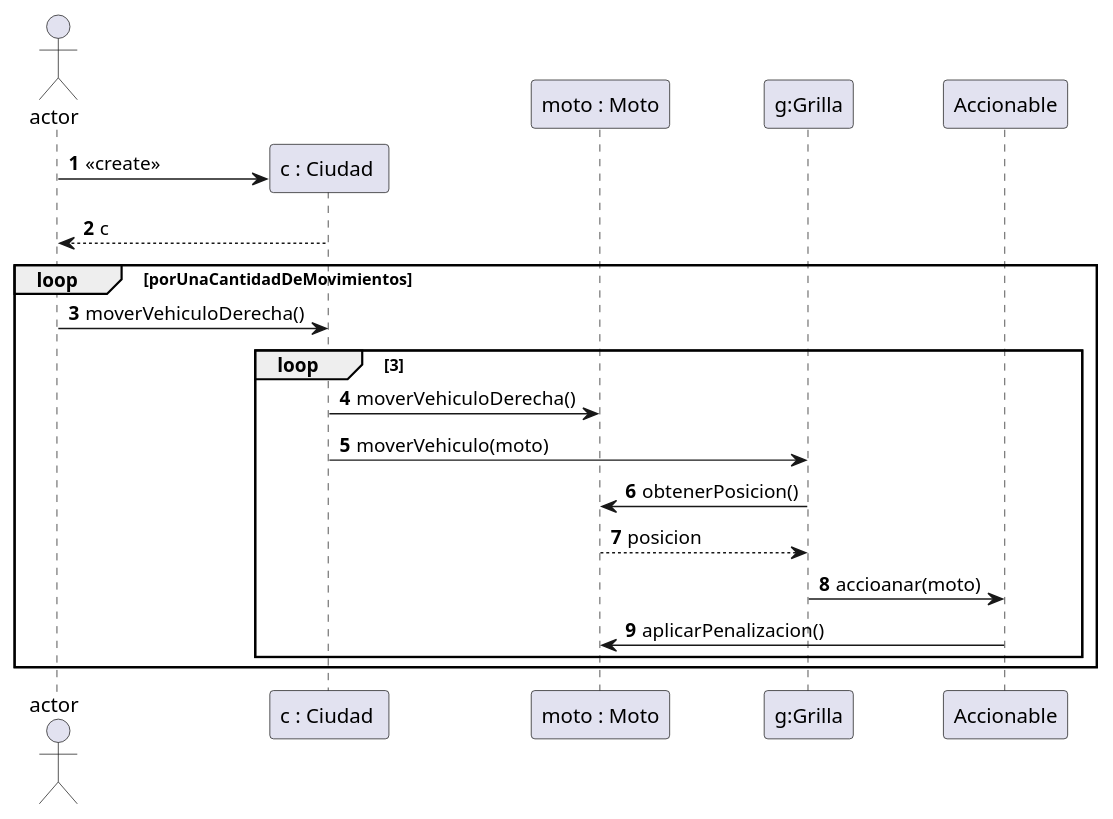
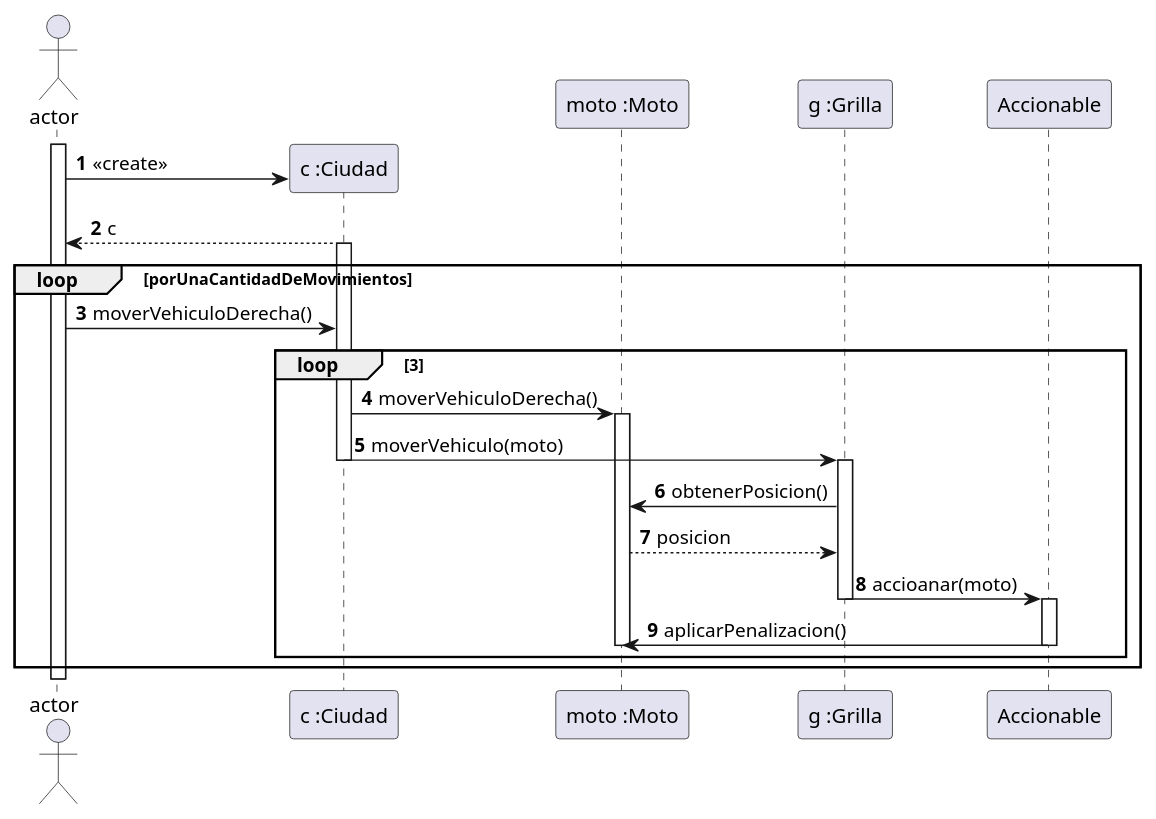
Before and after one commit to kikiymini/algo3_tp2: the diagram in Entrega1/DiagramaDeSecuencias/motoAtraviesaLaCiudadYSeEncuentraConUnPozo.puml, drawn with PlantUML. The commit also changed 4 other files, not shown here.

```diff
--- a/Entrega1/DiagramaDeSecuencias/motoAtraviesaLaCiudadYSeEncuentraConUnPozo.puml
+++ b/Entrega1/DiagramaDeSecuencias/motoAtraviesaLaCiudadYSeEncuentraConUnPozo.puml
@@ -1,25 +1,38 @@
 @startuml
 'https://plantuml.com/sequence-diagram
 
 autonumber
 
 actor actor
-create "c : Ciudad "
-actor -> "c : Ciudad ": <<create>>
-"c : Ciudad "--> actor : c
+create "c :Ciudad" as ciudad
+participant "moto :Moto" as moto
+participant "g :Grilla" as grilla
+participant "Accionable" as accionable
+
+activate actor
+actor -> ciudad: <<create>>
+ciudad --> actor : c
+activate ciudad
 
 loop porUnaCantidadDeMovimientos
 
-actor  -> "c : Ciudad " : moverVehiculoDerecha()
+actor  -> ciudad : moverVehiculoDerecha()
 loop 3
-"c : Ciudad " -> "moto : Moto": moverVehiculoDerecha()
-"c : Ciudad " -> "g:Grilla" : moverVehiculo(moto)
-"g:Grilla" -> "moto : Moto" : obtenerPosicion()
-"moto : Moto" --> "g:Grilla" : posicion
-"g:Grilla" -> "Accionable" : accioanar(moto)
-"Accionable" -> "moto : Moto" :aplicarPenalizacion()
+ciudad -> moto: moverVehiculoDerecha()
+activate moto
+ciudad -> grilla : moverVehiculo(moto)
+deactivate ciudad
+activate grilla
+grilla -> moto : obtenerPosicion()
+moto --> grilla : posicion
+grilla -> accionable : accioanar(moto)
+deactivate grilla
+activate accionable
+accionable -> moto :aplicarPenalizacion()
+deactivate accionable
+deactivate moto
 end loop
 
 
 end
 @enduml
```
